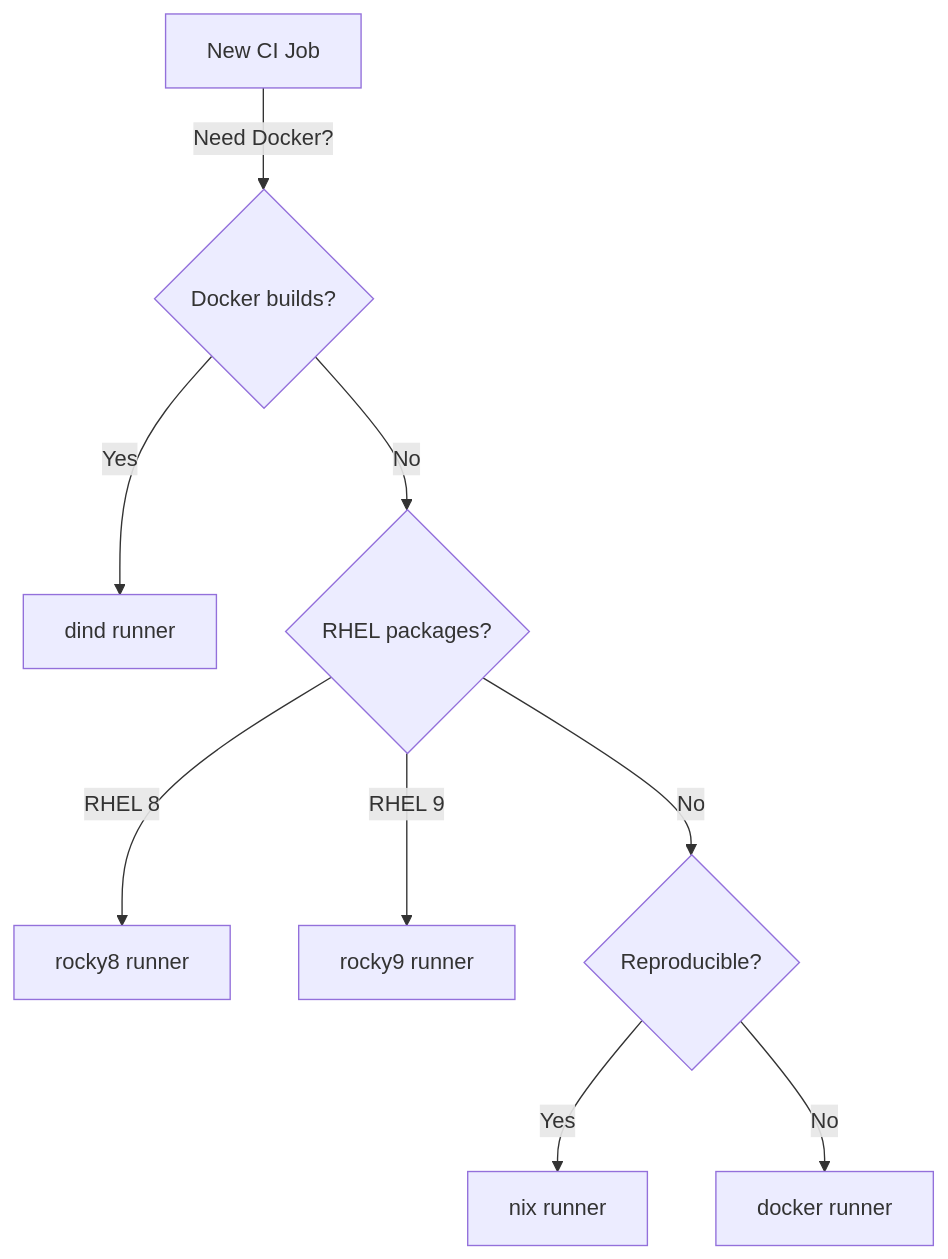
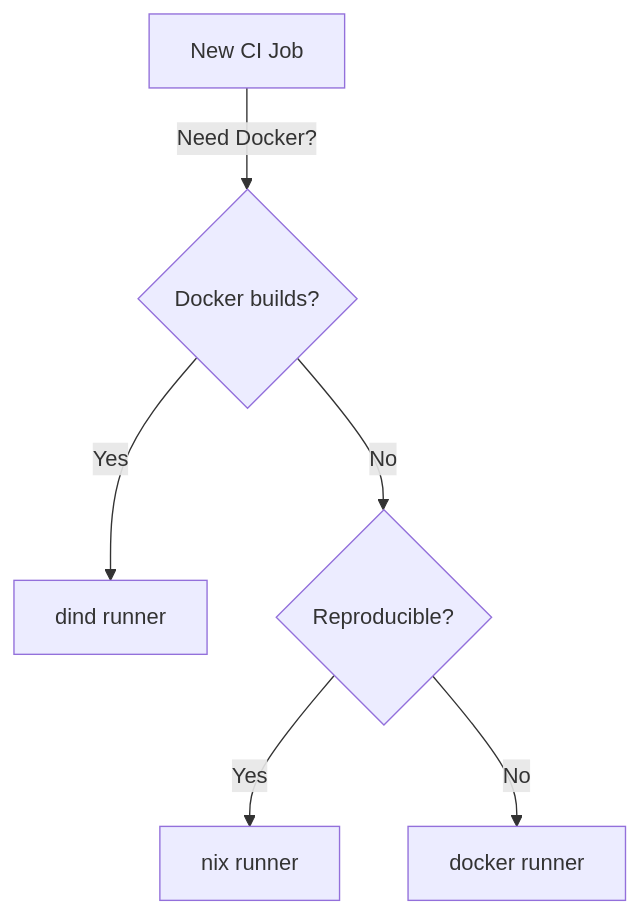
The diagram in docs/runners/runner-selection.md (tinyland-inc/GloriousFlywheel), drawn with Mermaid before and after one commit. The commit also changed other lines of this file and 14 other files, not shown here.

````diff
--- a/docs/runners/runner-selection.md
+++ b/docs/runners/runner-selection.md
@@ -13,11 +13,8 @@
 ```mermaid
 graph TD
     START[New CI Job] -->|"Need Docker?"| Q1{Docker builds?}
     Q1 -->|Yes| DIND[dind runner]
-    Q1 -->|No| Q2{RHEL packages?}
-    Q2 -->|"RHEL 8"| R8[rocky8 runner]
-    Q2 -->|"RHEL 9"| R9[rocky9 runner]
-    Q2 -->|No| Q3{Reproducible?}
-    Q3 -->|Yes| NIX[nix runner]
-    Q3 -->|No| DOCKER[docker runner]
+    Q1 -->|No| Q2{Reproducible?}
+    Q2 -->|Yes| NIX[nix runner]
+    Q2 -->|No| DOCKER[docker runner]
 ```
````
